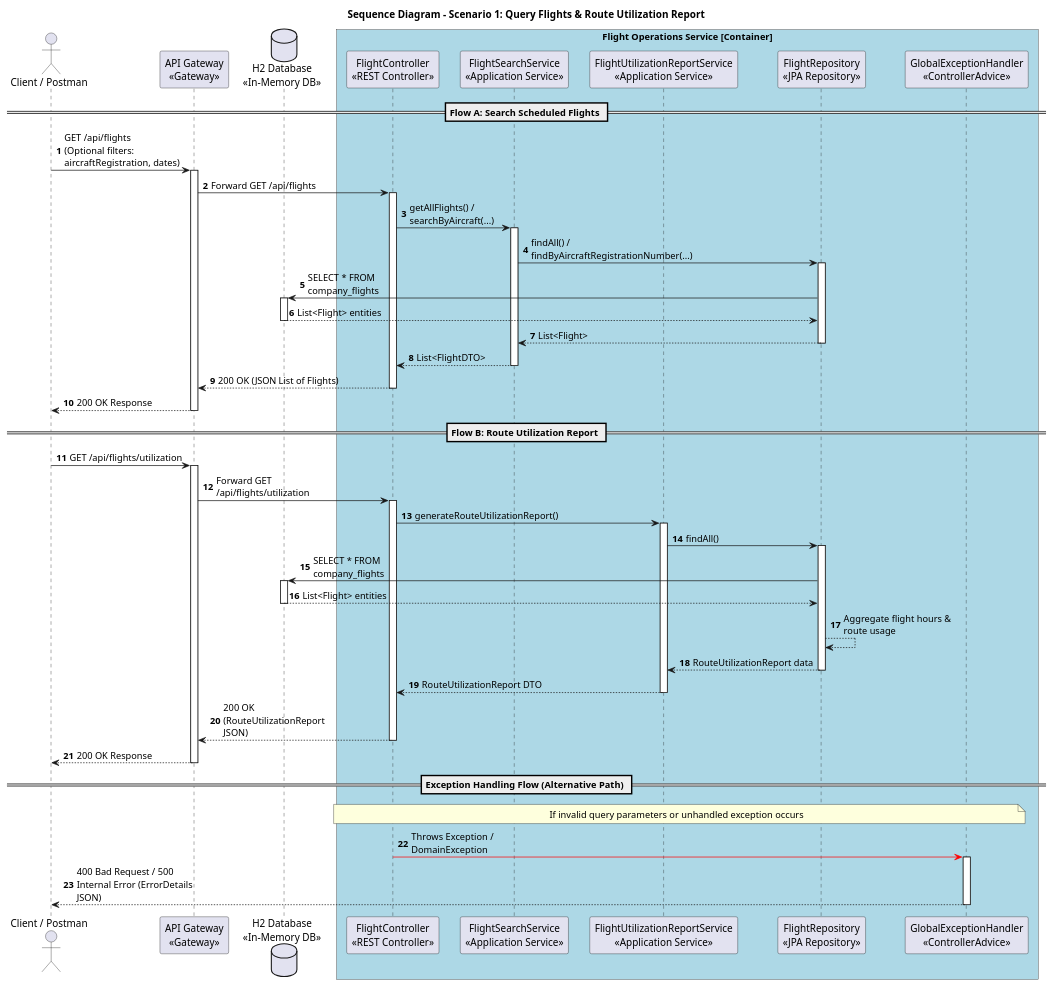
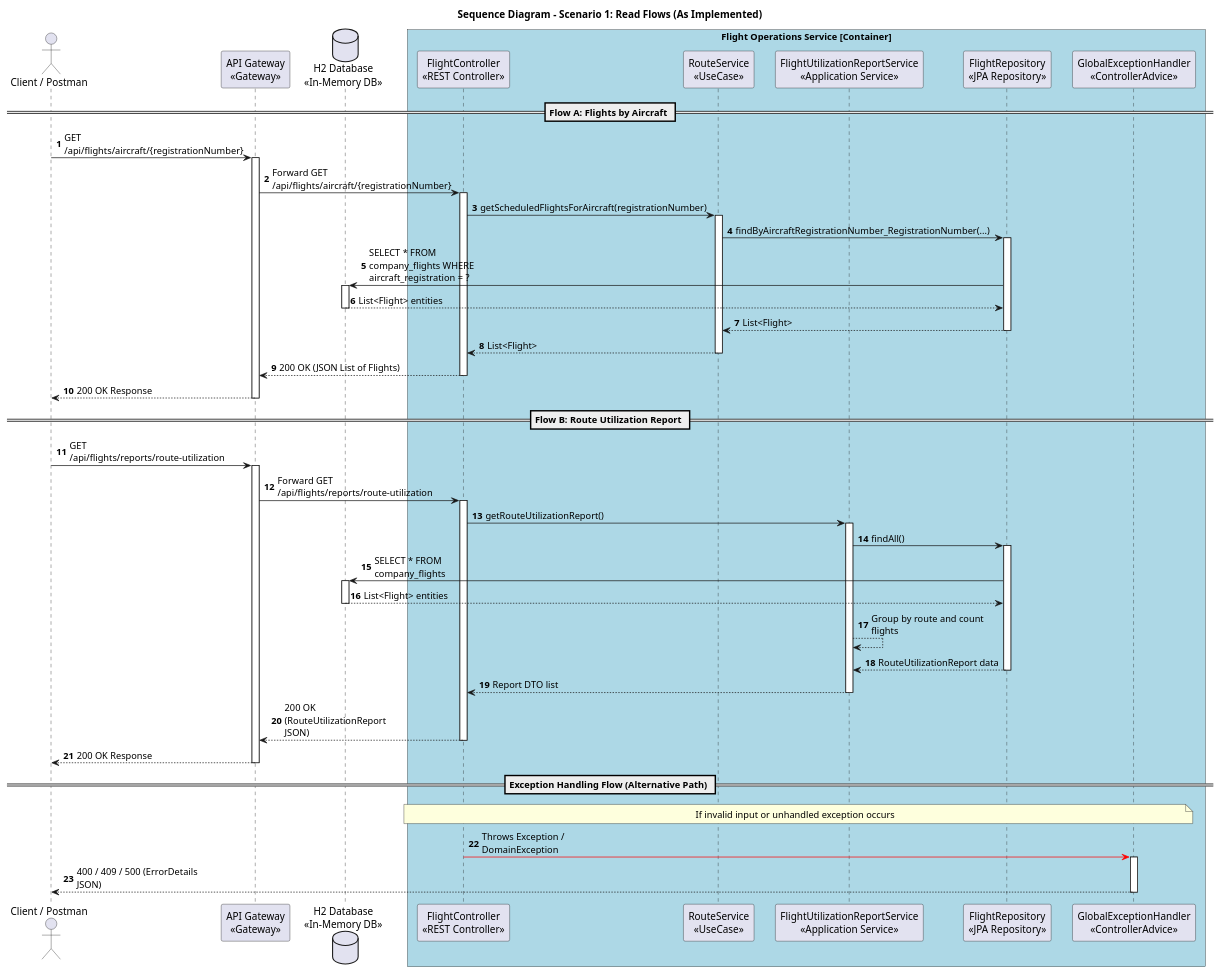
Before and after one commit to 8126Lucas/SIDIS_G6_3DA: the diagram in flight-service/docs/sequence-diagrams/scenario-1-query-flights.puml, drawn with PlantUML. The commit also changed 8 other files, not shown here.

Commit message:
documentation for flight-service completed (this format will be standard for other services)

```diff
--- a/flight-service/docs/sequence-diagrams/scenario-1-query-flights.puml
+++ b/flight-service/docs/sequence-diagrams/scenario-1-query-flights.puml
@@ -1,100 +1,100 @@
 @startuml
 skinparam responseMessageBelowArrow true
 skinparam maxMessageSize 180
 skinparam boxPadding 10
 skinparam participantPadding 10
 skinparam shadowing false
 
-title Sequence Diagram - Scenario 1: Query Flights & Route Utilization Report
+title Sequence Diagram - Scenario 1: Read Flows (As Implemented)
 
 autonumber
 
 actor "Client / Postman" as client
 participant "API Gateway\n<<Gateway>>" as gateway
 participant "FlightController\n<<REST Controller>>" as controller
-participant "FlightSearchService\n<<Application Service>>" as search_svc
+participant "RouteService\n<<UseCase>>" as route_svc
 participant "FlightUtilizationReportService\n<<Application Service>>" as report_svc
 participant "FlightRepository\n<<JPA Repository>>" as repo
 database "H2 Database\n<<In-Memory DB>>" as db
 participant "GlobalExceptionHandler\n<<ControllerAdvice>>" as exception_handler
 
 box "Flight Operations Service [Container]" #LightBlue
     participant controller
-    participant search_svc
+    participant route_svc
     participant report_svc
     participant repo
     participant exception_handler
 end box
 
-== Flow A: Search Scheduled Flights ==
+== Flow A: Flights by Aircraft ==
 
-client -> gateway : GET /api/flights\n(Optional filters: aircraftRegistration, dates)
+client -> gateway : GET /api/flights/aircraft/{registrationNumber}
 activate gateway
 
-gateway -> controller : Forward GET /api/flights
+gateway -> controller : Forward GET /api/flights/aircraft/{registrationNumber}
 activate controller
 
-controller -> search_svc : getAllFlights() / searchByAircraft(...)
-activate search_svc
+controller -> route_svc : getScheduledFlightsForAircraft(registrationNumber)
+activate route_svc
 
-search_svc -> repo : findAll() / findByAircraftRegistrationNumber(...)
+route_svc -> repo : findByAircraftRegistrationNumber_RegistrationNumber(...)
 activate repo
 
-repo -> db : SELECT * FROM company_flights
+repo -> db : SELECT * FROM company_flights WHERE aircraft_registration = ?
 activate db
 db --> repo : List<Flight> entities
 deactivate db
 
-repo --> search_svc : List<Flight>
+repo --> route_svc : List<Flight>
 deactivate repo
 
-search_svc --> controller : List<FlightDTO>
-deactivate search_svc
+route_svc --> controller : List<Flight>
+deactivate route_svc
 
 controller --> gateway : 200 OK (JSON List of Flights)
 deactivate controller
 
 gateway --> client : 200 OK Response
 deactivate gateway
 
 == Flow B: Route Utilization Report ==
 
-client -> gateway : GET /api/flights/utilization
+client -> gateway : GET /api/flights/reports/route-utilization
 activate gateway
 
-gateway -> controller : Forward GET /api/flights/utilization
+gateway -> controller : Forward GET /api/flights/reports/route-utilization
 activate controller
 
-controller -> report_svc : generateRouteUtilizationReport()
+controller -> report_svc : getRouteUtilizationReport()
 activate report_svc
 
 report_svc -> repo : findAll()
 activate repo
 
 repo -> db : SELECT * FROM company_flights
 activate db
 db --> repo : List<Flight> entities
 deactivate db
 
-repo --> repo : Aggregate flight hours & route usage
+report_svc --> report_svc : Group by route and count flights
 repo --> report_svc : RouteUtilizationReport data
 deactivate repo
 
-report_svc --> controller : RouteUtilizationReport DTO
+report_svc --> controller : Report DTO list
 deactivate report_svc
 
 controller --> gateway : 200 OK (RouteUtilizationReport JSON)
 deactivate controller
 
 gateway --> client : 200 OK Response
 deactivate gateway
 
 == Exception Handling Flow (Alternative Path) ==
 
-note over controller, exception_handler : If invalid query parameters or unhandled exception occurs
+note over controller, exception_handler : If invalid input or unhandled exception occurs
 controller -[#red]> exception_handler : Throws Exception / DomainException
 activate exception_handler
-exception_handler --> client : 400 Bad Request / 500 Internal Error (ErrorDetails JSON)
+exception_handler --> client : 400 / 409 / 500 (ErrorDetails JSON)
 deactivate exception_handler
 
 @enduml
```
